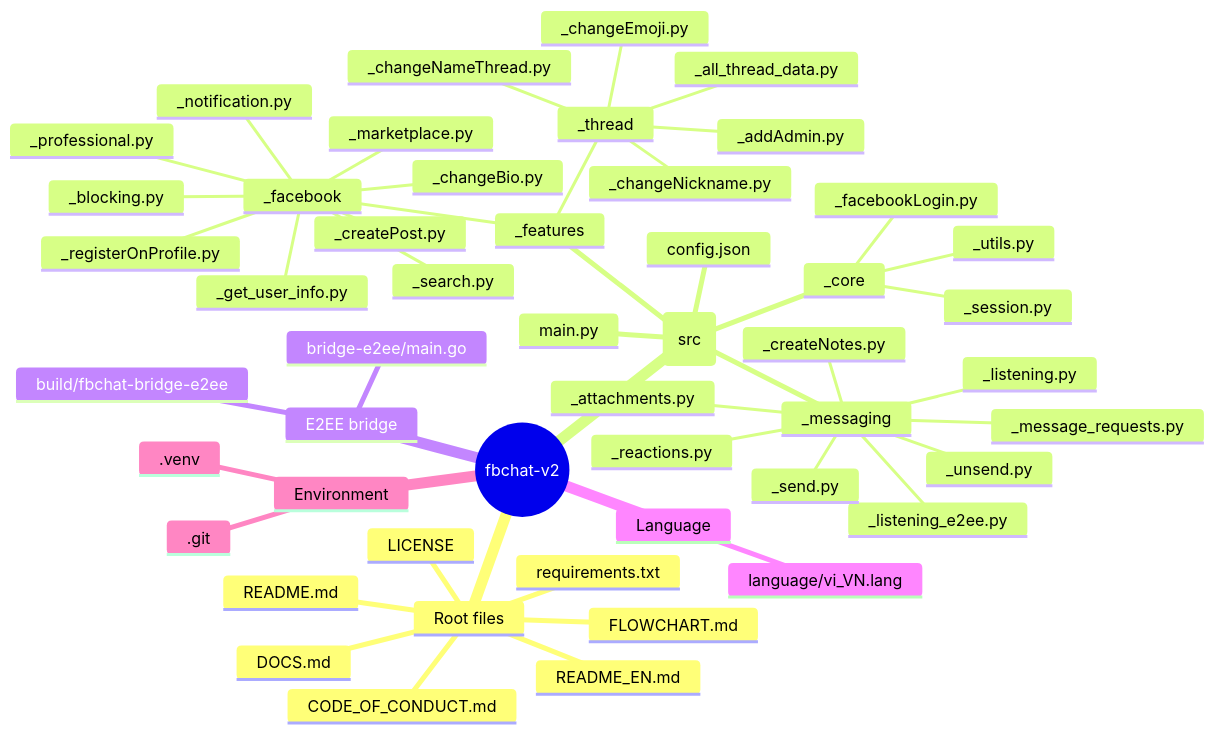
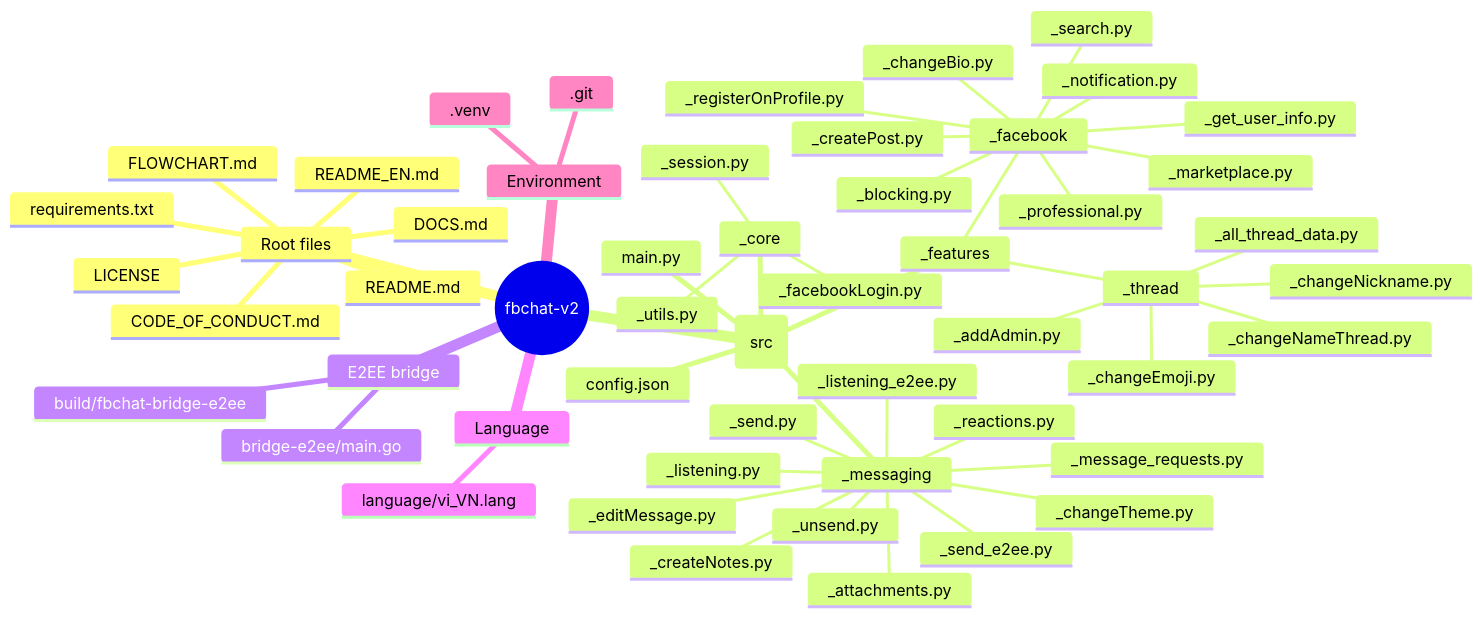
One commit to m008v/fbchat-v2 changed the second of 2 diagrams in README_EN.md. Above: the diagram before and after it, drawn with Mermaid. The commit also changed other lines of this file and 13 other files, not shown here.

Commit message:
feat(docs): v2.1.3: add features: _editMessage, _changeTheme

````diff
--- a/README_EN.md
+++ b/README_EN.md
@@ -172,53 +176,56 @@
 ```mermaid
 mindmap
   root((fbchat-v2))
     Root files
       README.md
       README_EN.md
       DOCS.md
       FLOWCHART.md
       CODE_OF_CONDUCT.md
       LICENSE
       requirements.txt
     Source (src)
       main.py
       config.json
       _core
         _facebookLogin.py
         _session.py
         _utils.py
       _features
         _facebook
           _blocking.py
           _changeBio.py
           _createPost.py
           _get_user_info.py
           _marketplace.py
           _notification.py
           _professional.py
           _registerOnProfile.py
           _search.py
         _thread
           _addAdmin.py
           _all_thread_data.py
           _changeEmoji.py
           _changeNameThread.py
           _changeNickname.py
       _messaging
         _attachments.py
+        _changeTheme.py
         _createNotes.py
+        _editMessage.py
         _listening.py
         _listening_e2ee.py
         _message_requests.py
         _reactions.py
         _send.py
+        _send_e2ee.py
         _unsend.py
     E2EE bridge
       bridge-e2ee/main.go
       build/fbchat-bridge-e2ee
     Language
       language/vi_VN.lang
     Environment
       .venv
       .git
 ```
````
